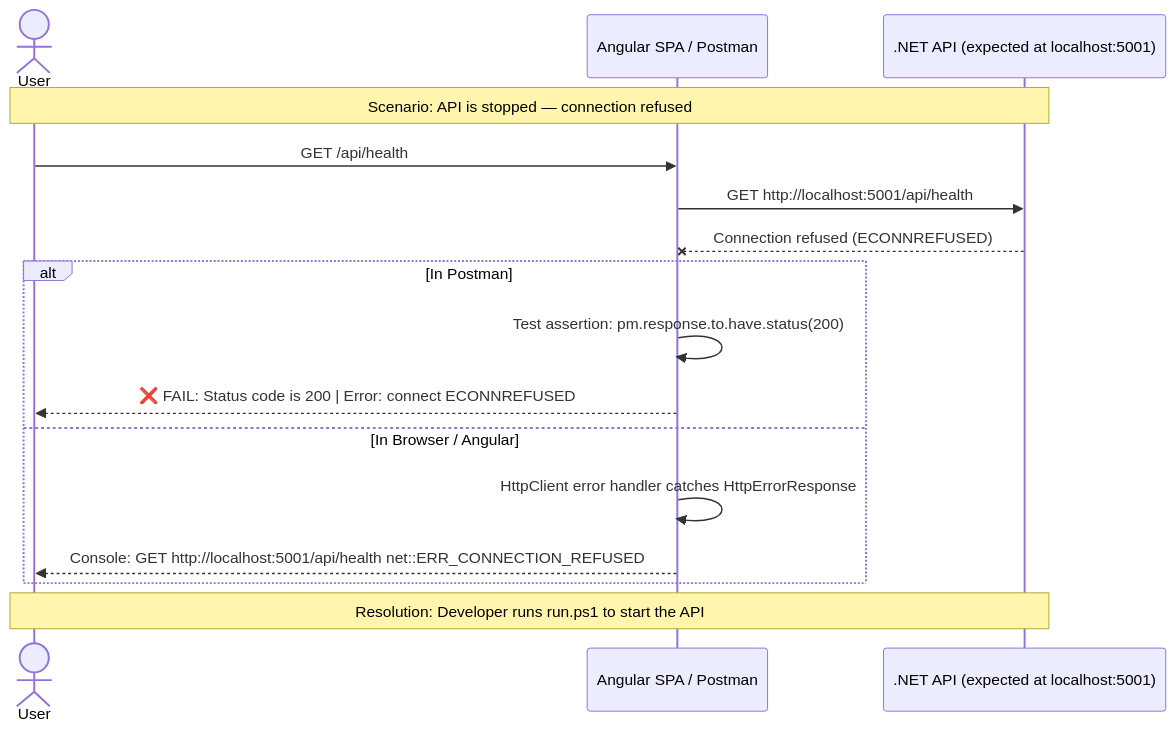
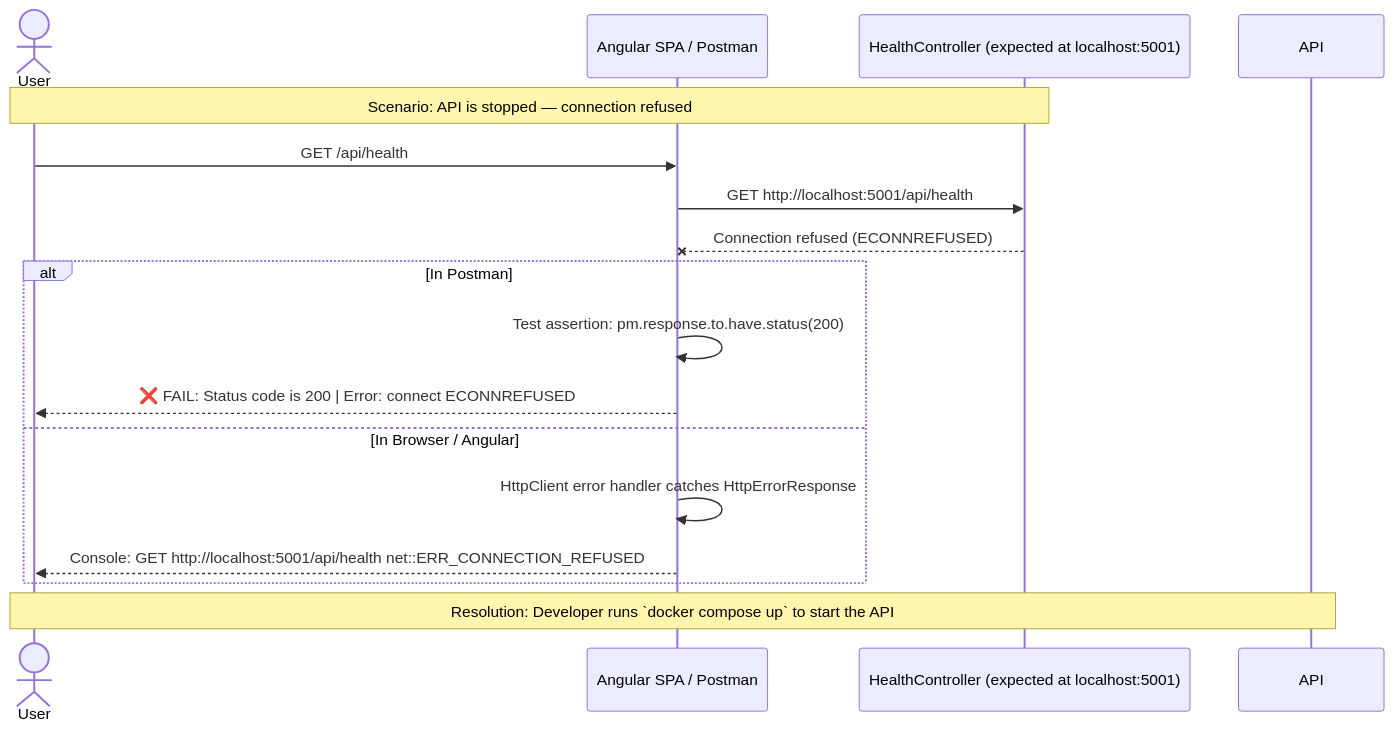
The fourth of 7 diagrams in feature-workspace/v0.1.2/02-architecture/output/sequence-diagrams.md (tumuchcoffee/icm-coding-workflow), drawn with Mermaid before and after one commit. The commit also changed other lines of this file and 32 other files, not shown here.

````diff
--- a/feature-workspace/v0.1.2/02-architecture/output/sequence-diagrams.md
+++ b/feature-workspace/v0.1.2/02-architecture/output/sequence-diagrams.md
@@ -127,22 +124,22 @@
 ```mermaid
 sequenceDiagram
     actor User
     participant Browser as Angular SPA / Postman
-    participant API as .NET API (expected at localhost:5001)
+    participant Controller as HealthController (expected at localhost:5001)
 
-    Note over User,API: Scenario: API is stopped — connection refused
+    Note over User,Controller: Scenario: API is stopped — connection refused
 
     User->>Browser: GET /api/health
-    Browser->>API: GET http://localhost:5001/api/health
-    API--xBrowser: Connection refused (ECONNREFUSED)
+    Browser->>Controller: GET http://localhost:5001/api/health
+    Controller--xBrowser: Connection refused (ECONNREFUSED)
 
     alt In Postman
         Browser->>Browser: Test assertion: pm.response.to.have.status(200)
         Browser-->>User: ❌ FAIL: Status code is 200 | Error: connect ECONNREFUSED
     else In Browser / Angular
         Browser->>Browser: HttpClient error handler catches HttpErrorResponse
         Browser-->>User: Console: GET http://localhost:5001/api/health net::ERR_CONNECTION_REFUSED
     end
 
-    Note over User,API: Resolution: Developer runs run.ps1 to start the API
+    Note over User,API: Resolution: Developer runs `docker compose up` to start the API
 ```
````
